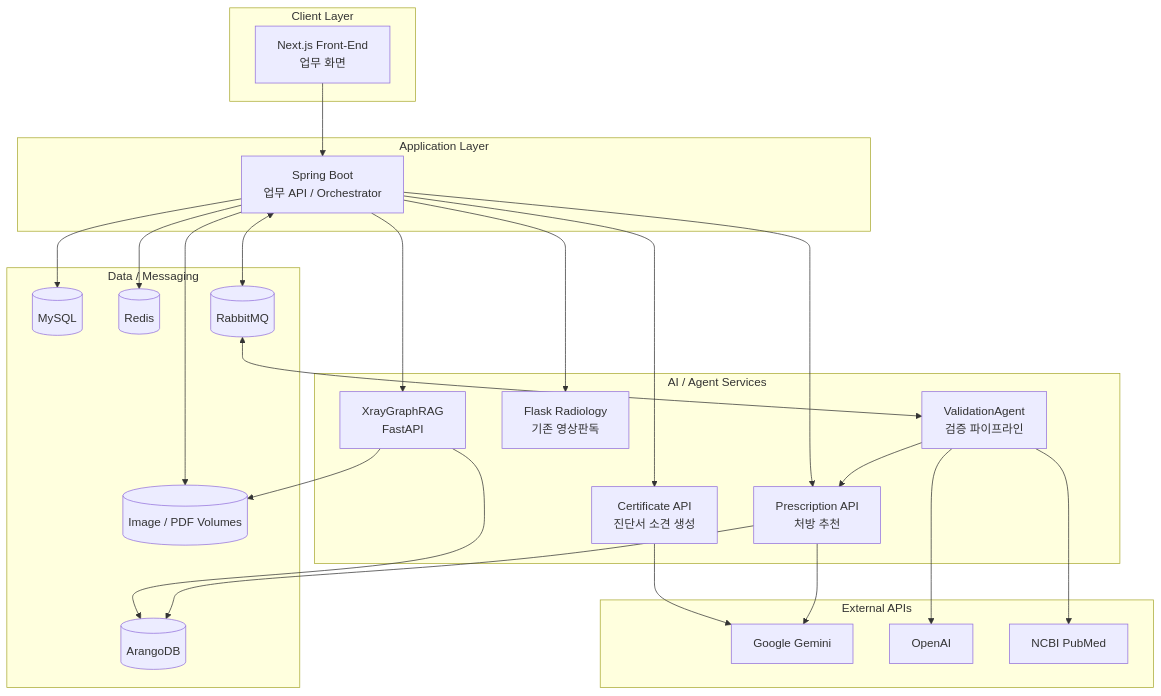
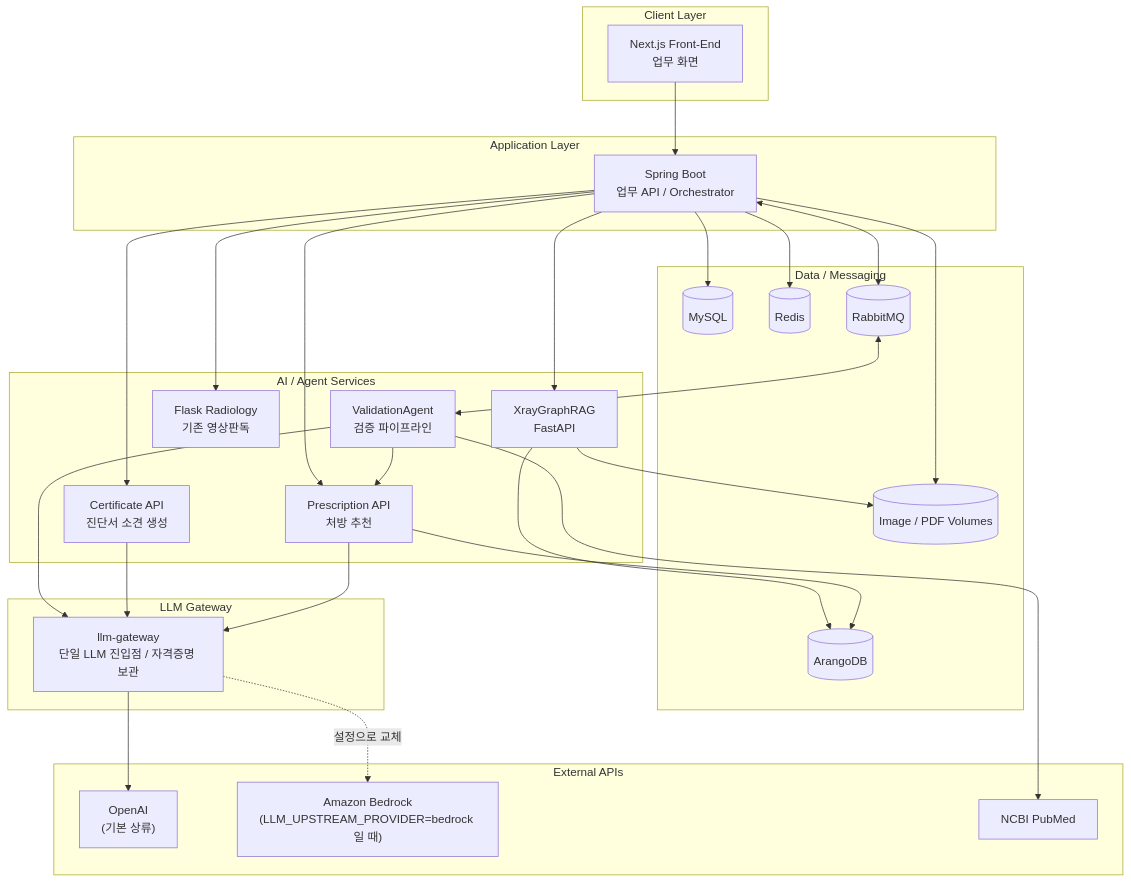
Before and after one commit to kjbddo/bitcomputer-emr: the first of 3 diagrams in Docs/01-system-architecture.md, drawn with Mermaid. The commit also changed other lines of this file and 11 other files, not shown here.

````diff
--- a/Docs/01-system-architecture.md
+++ b/Docs/01-system-architecture.md
@@ -23,55 +24,61 @@
 ```mermaid
 flowchart TB
   subgraph Client["Client Layer"]
     FE["Next.js Front-End<br/>업무 화면"]
   end
 
   subgraph App["Application Layer"]
     Spring["Spring Boot<br/>업무 API / Orchestrator"]
   end
 
   subgraph AI["AI / Agent Services"]
     Xray["XrayGraphRAG<br/>FastAPI"]
     Flask["Flask Radiology<br/>기존 영상판독"]
     Cert["Certificate API<br/>진단서 소견 생성"]
     Rx["Prescription API<br/>처방 추천"]
     Val["ValidationAgent<br/>검증 파이프라인"]
   end
 
   subgraph Infra["Data / Messaging"]
     MySQL[("MySQL")]
     Redis[("Redis")]
     Rabbit[("RabbitMQ")]
     Arango[("ArangoDB")]
     Images[("Image / PDF Volumes")]
   end
 
+  subgraph Gate["LLM Gateway"]
+    GW["llm-gateway<br/>단일 LLM 진입점 / 자격증명 보관"]
+  end
+
   subgraph External["External APIs"]
-    Gemini["Google Gemini"]
-    OpenAI["OpenAI"]
+    OpenAI["OpenAI<br/>(기본 상류)"]
+    Bedrock["Amazon Bedrock<br/>(LLM_UPSTREAM_PROVIDER=bedrock 일 때)"]
     PubMed["NCBI PubMed"]
   end
 
   FE --> Spring
   Spring --> MySQL
   Spring --> Redis
   Spring --> Images
 
   Spring --> Xray
   Spring --> Flask
   Spring --> Cert
   Spring --> Rx
   Spring <--> Rabbit
 
   Rabbit <--> Val
   Val --> Rx
   Val --> PubMed
-  Val --> OpenAI
 
   Xray --> Arango
   Xray --> Images
   Rx --> Arango
 
-  Cert --> Gemini
-  Rx --> Gemini
+  Val --> GW
+  Cert --> GW
+  Rx --> GW
+  GW --> OpenAI
+  GW -. 설정으로 교체 .-> Bedrock
 ```
````
